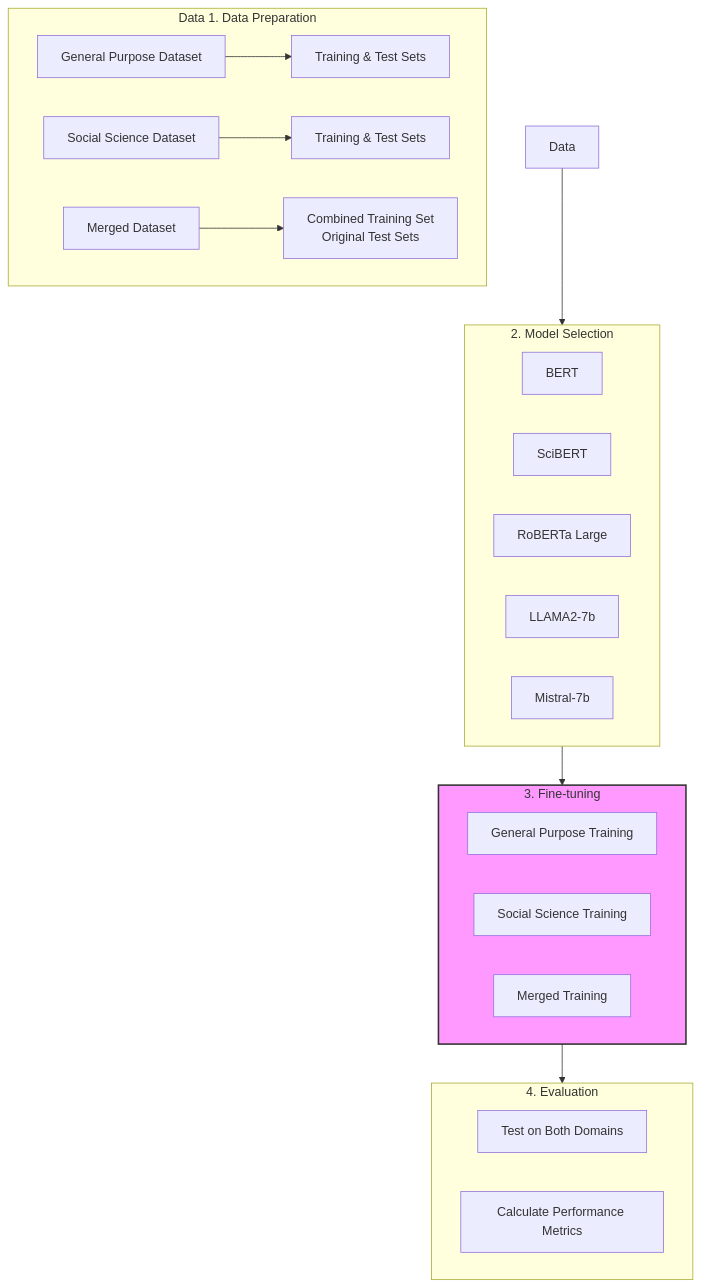
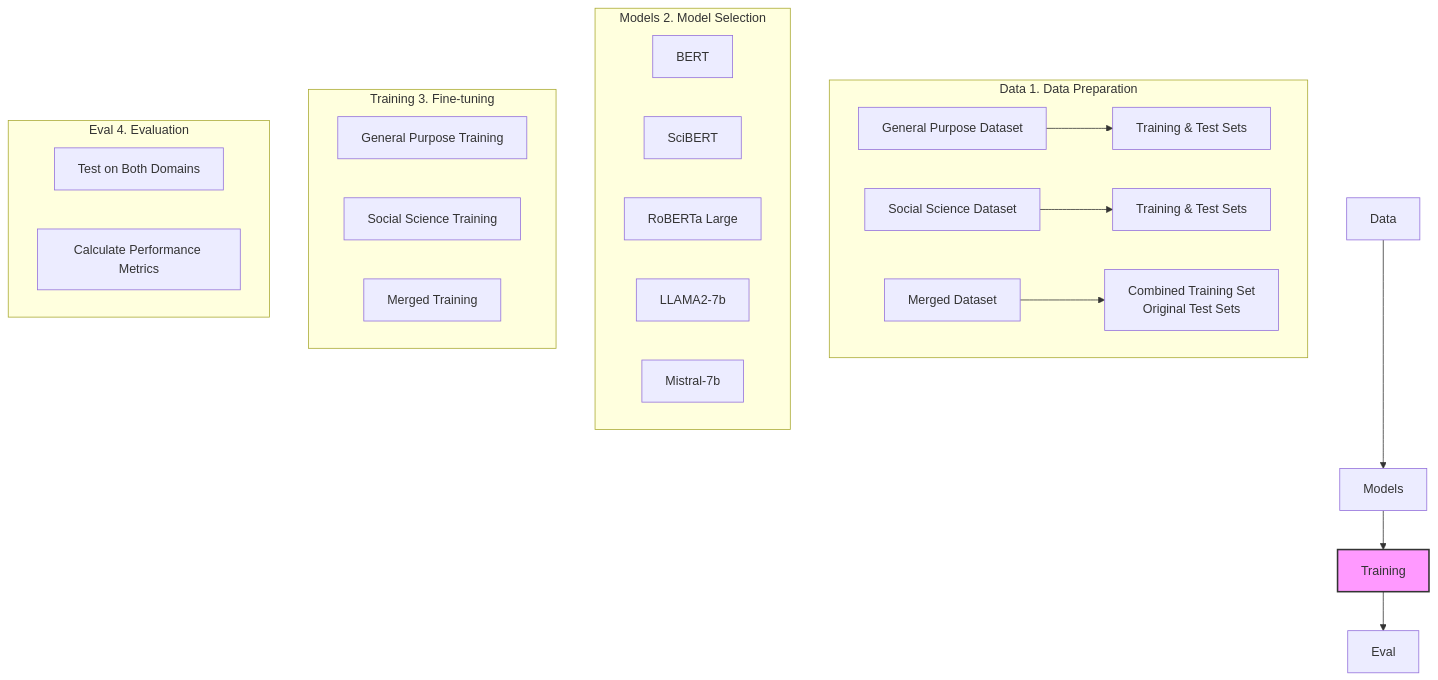
Before and after one commit to rasoulnorouzi/cessc: the diagram in README.md, drawn with Mermaid.

````diff
--- a/README.md
+++ b/README.md
@@ -37,34 +37,34 @@
 ```mermaid
 flowchart TD
     subgraph Data 1. Data Preparation
         A1[General Purpose Dataset] --> C1[Training & Test Sets]
         A2[Social Science Dataset] --> C2[Training & Test Sets]
         A3[Merged Dataset] --> C3[Combined Training Set<br>Original Test Sets]
     end
 
-    subgraph Models["2. Model Selection"]
+    subgraph Models 2. Model Selection
         M1[BERT]
         M2[SciBERT]
         M3[RoBERTa Large]
         M4[LLAMA2-7b]
         M5[Mistral-7b]
     end
 
-    subgraph Training["3. Fine-tuning"]
+    subgraph Training 3. Fine-tuning
         T1[General Purpose Training]
         T2[Social Science Training]
         T3[Merged Training]
     end
 
-    subgraph Eval["4. Evaluation"]
+    subgraph Eval 4. Evaluation
         E1[Test on Both Domains]
         E2[Calculate Performance Metrics]
     end
 
     Data --> Models
     Models --> Training
     Training --> Eval
 
     classDef highlight fill:#f9f,stroke:#333,stroke-width:2px
     class Training highlight
 ```
````
